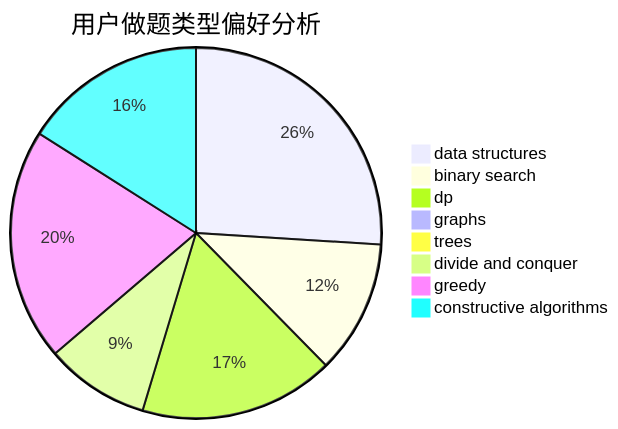
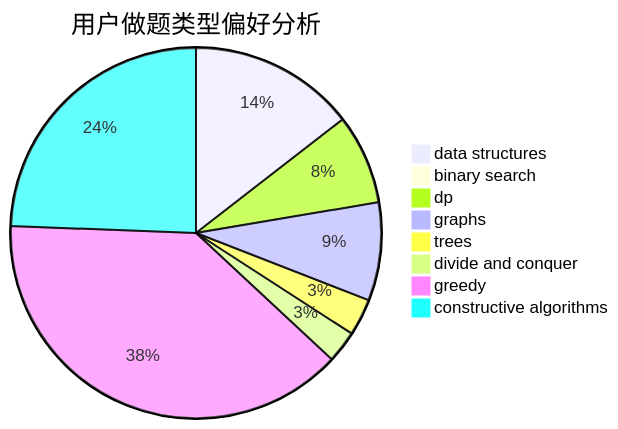
Before and after one commit to sherpahu/cfrs.github.io: the second of 3 diagrams in docs/user/u44.md, drawn with Mermaid. The commit also changed other lines of this file and 2770 other files, not shown here.

````diff
--- a/docs/user/u44.md
+++ b/docs/user/u44.md
@@ -23,11 +23,11 @@
 ```mermaid
 pie title 用户做题类型偏好分析
-    "data structures" :  598
-    "binary search" :  268
-    "dp" :  391
-    "graphs" :  8
-    "trees" :  13
-    "divide and conquer" :  209
-    "greedy" :  466
-    "constructive algorithms" :  368
+    "data structures" :  176
+    "binary search" :  9
+    "dp" :  95
+    "graphs" :  104
+    "trees" :  39
+    "divide and conquer" :  34
+    "greedy" :  469
+    "constructive algorithms" :  296
 ```
````
